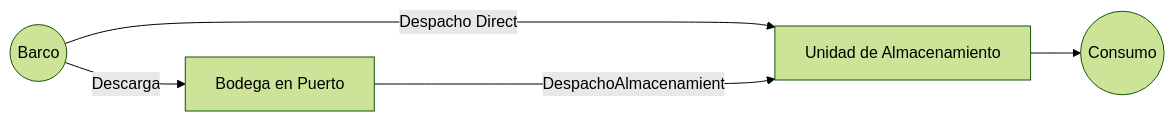
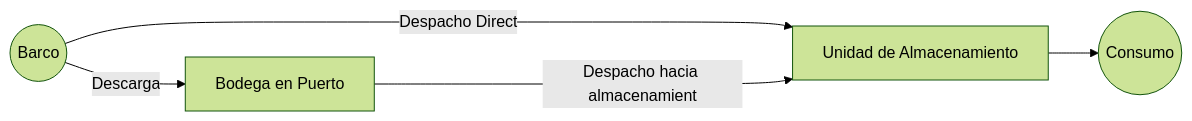
The first of 2 diagrams in README.md (luisferpinilla/bios_solver), drawn with Mermaid (forest theme) before and after one commit. The commit also changed other lines of this file, not shown here.

````diff
--- a/README.md
+++ b/README.md
@@ -35,7 +35,7 @@
 ```mermaid
 graph LR;
     id0((Barco)) --Descarga--> id1[Bodega en Puerto]
     id0((Barco)) --Despacho Directo--> id2[Unidad de Almacenamiento]
-    id1[Bodega en Puerto] --DespachoAlmacenamiento--> id2[Unidad de Almacenamiento]
+    id1[Bodega en Puerto] --Despacho hacia almacenamiento--> id2[Unidad de Almacenamiento]
     id2[Unidad de Almacenamiento] --> id3((Consumo))
 ```
````
